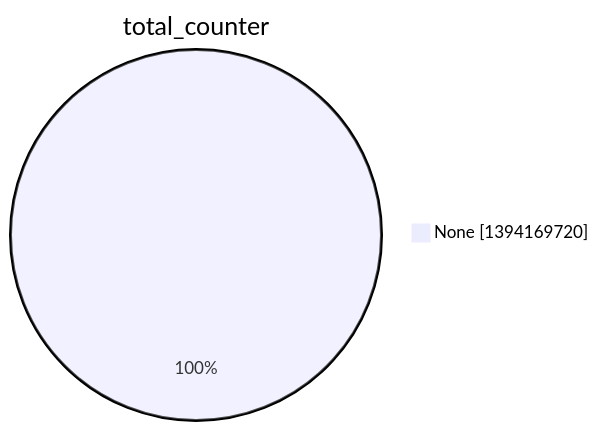
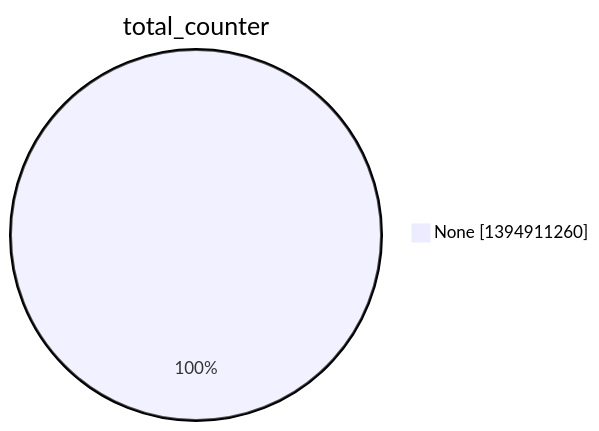
One commit to christiankrug/ctmonitor_visualization changed the second of 15 diagrams in argon2022/README.md. Above: the diagram before and after it, drawn with Mermaid. The commit also changed other lines of this file, not shown here.

````diff
--- a/argon2022/README.md
+++ b/argon2022/README.md
@@ -9,5 +9,5 @@
 ```mermaid
 pie showData
 title total_counter
-"None" :1394169720
+"None" :1394911260
 ```
````
